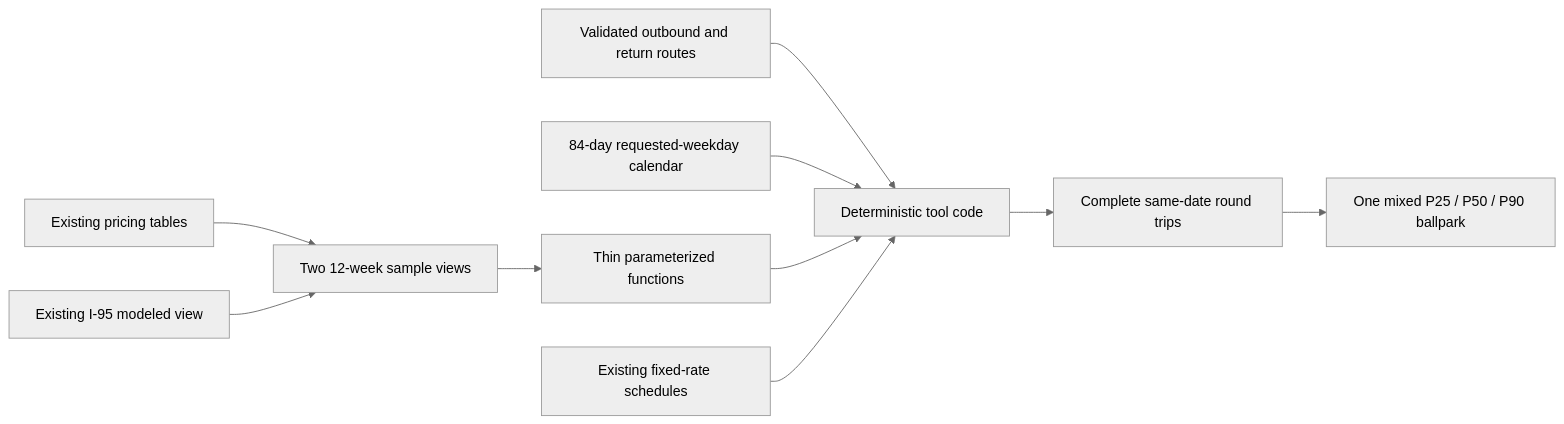
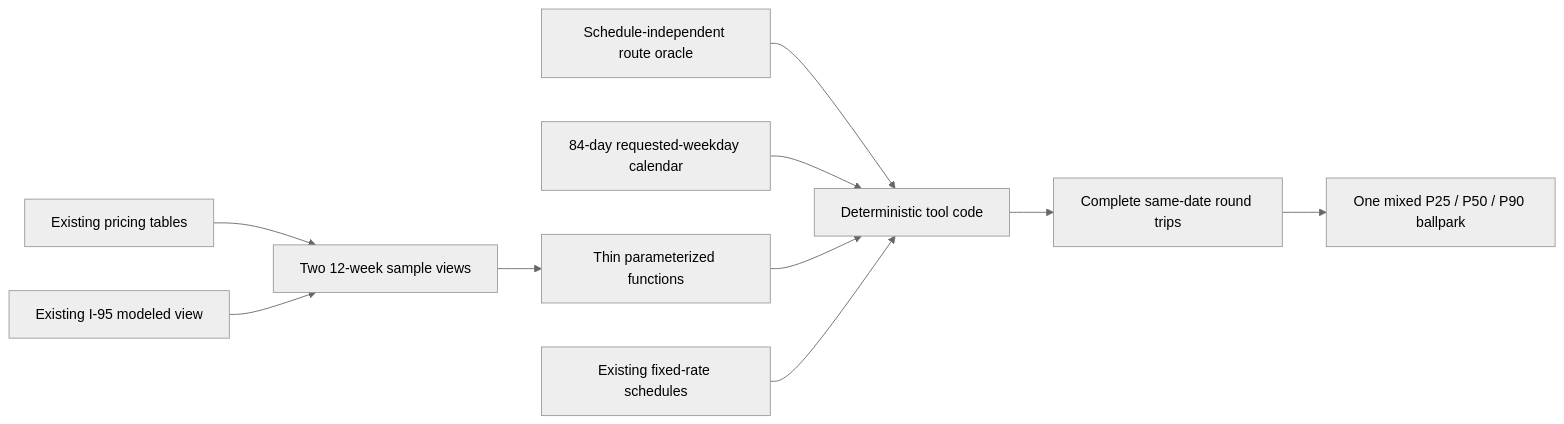
One commit to rhprasad0/nova-toll-budget-agent changed the diagram in v2/docs/annual-toll-ballpark-database-design.md. Above: the diagram before and after it, drawn with Mermaid (neutral theme). The commit also changed other lines of this file and 1 other file, not shown here.

Commit message:
docs(v2): define annual toll ballpark tool contract

````diff
--- a/v2/docs/annual-toll-ballpark-database-design.md
+++ b/v2/docs/annual-toll-ballpark-database-design.md
@@ -55,12 +71,12 @@
 ```mermaid
 flowchart LR
     RAW[Existing pricing tables] --> VIEWS[Two 12-week sample views]
     MODELED[Existing I-95 modeled view] --> VIEWS
-    ROUTE[Validated outbound and return routes] --> TOOL[Deterministic tool code]
+    ROUTE[Schedule-independent route oracle] --> TOOL[Deterministic tool code]
     CALENDAR[84-day requested-weekday calendar] --> TOOL
     VIEWS --> FUNCS[Thin parameterized functions]
     FUNCS --> TOOL
     FIXED[Existing fixed-rate schedules] --> TOOL
     TOOL --> DAYS[Complete same-date round trips]
     DAYS --> RESULT[One mixed P25 / P50 / P90 ballpark]
 ```
````
